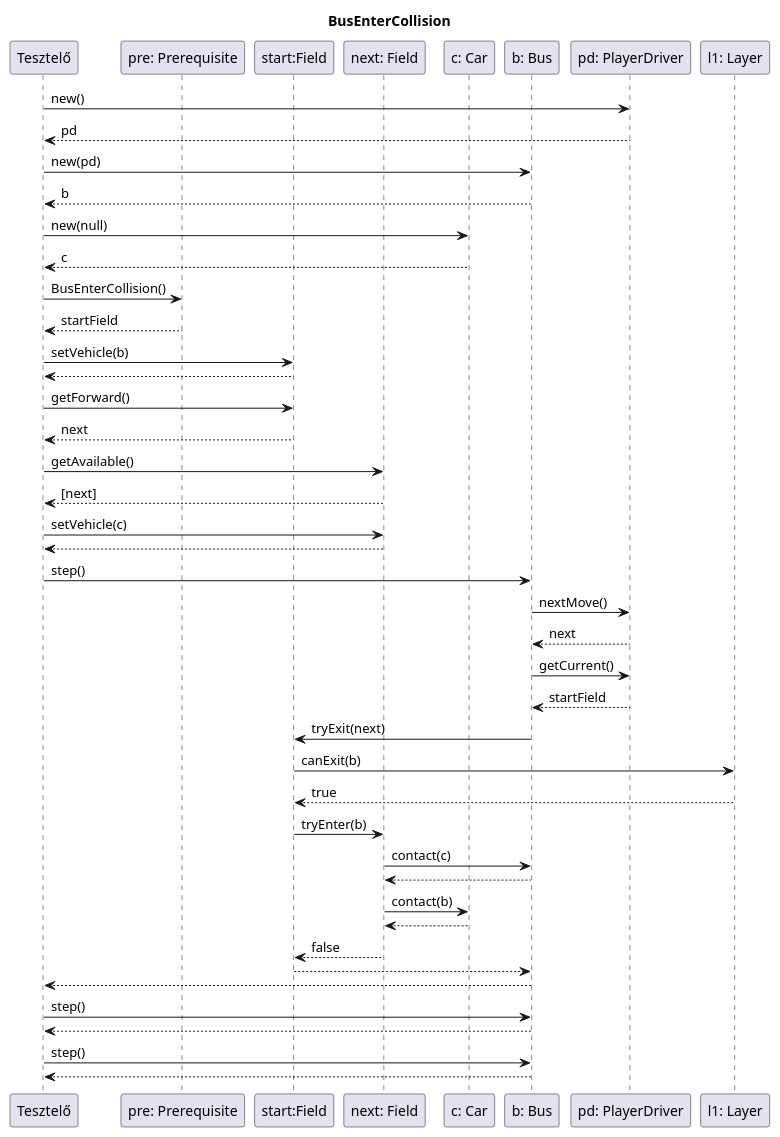
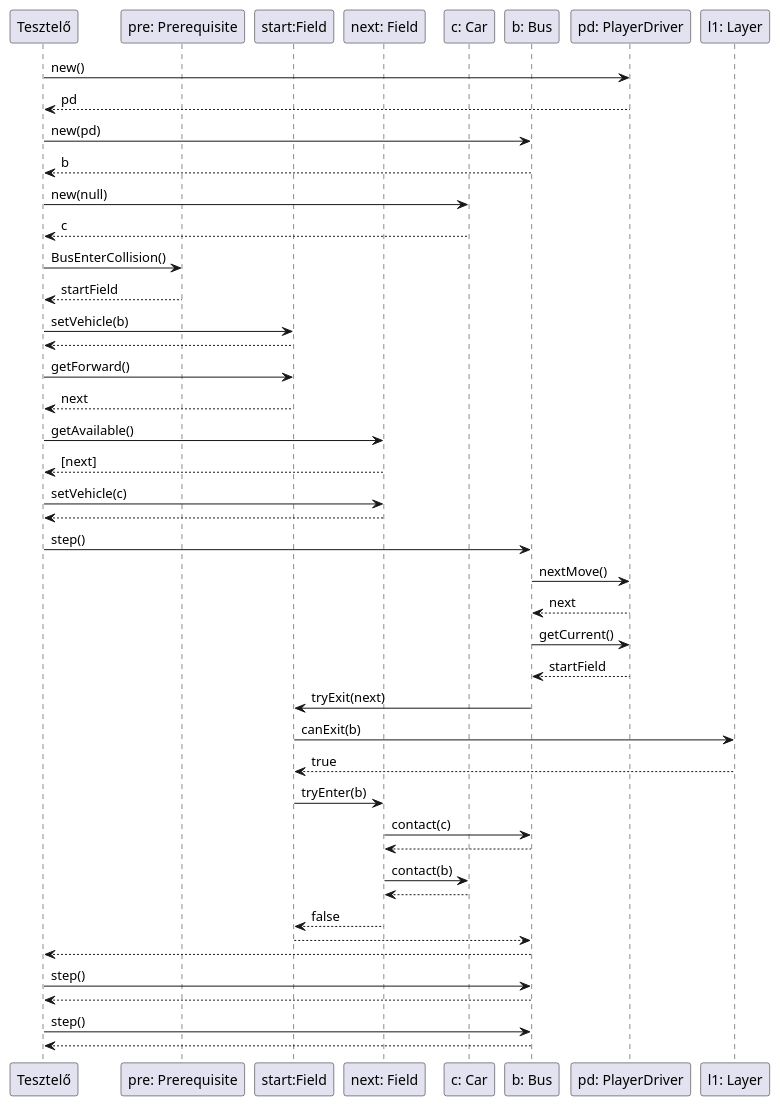
Before and after one commit to uhrinandor/spring: the diagram in docs/skeleton/bus/BusEnterCollision.plantuml, drawn with PlantUML. The commit also changed 10 other files, not shown here.

```diff
--- a/docs/skeleton/bus/BusEnterCollision.plantuml
+++ b/docs/skeleton/bus/BusEnterCollision.plantuml
@@ -1,89 +1,89 @@
 @startuml
 
 /'komm diagram: ket mezo egymas utan mindketton sima layer'/
 /'BusEnterCollision'/
-title BusEnterCollision
+
 participant "Tesztelő" as tester
 participant "pre: Prerequisite" as pre
 participant "start:Field" as startField
 participant "next: Field" as nextField
 participant "c: Car" as c
 participant "b: Bus" as b
 participant "pd: PlayerDriver" as pd
 participant "l1: Layer" as startLayer
 /'letrehoz egy playerdrivert'/
 tester->pd:new()
 pd-->tester:pd
 
 /'letrehozza a buszt a playerdriverrel'/
 tester->b:new(pd)
 b-->tester:b
 
 /'letrehozza az autot aminek nincs vezetoje mert nem mozdul'/
 tester->c:new(null)
 c-->tester:c
 
 /'a pre visszaadja a kezdo fieldet'/
 tester->pre: BusEnterCollision()
 pre-->tester:startField
 
 /'az elso mezo beallitja a buszt'/
 tester->startField: setVehicle(b)
 startField-->tester:
 
 /'megkerdezi az elso mezot hogy mi a kovetkezo IRoad'/
 tester->startField: getForward()
 startField-->tester:next
 
 /'elkeri a Field-ek listajat a kovetkezo IRoad-tol'/
 tester->nextField:getAvailable()
 nextField-->tester: [next]
 
 /'beallitja a masodik mezore az autot'/
 tester->nextField: setVehicle(c)
 nextField-->tester:
 
 tester->b: step()
 
 /'jatekos beallitja h elore szeretne lepni'/
 b->pd: nextMove()
 pd-->b:next
 
 /'lekerdezi a busz aktualis mezojet'/
 b -> pd: getCurrent()
 pd --> b: startField
 
 /'busz megprobal kilepni'/
 b -> startField: tryExit(next)
 
 /'busz megkerdezi h kilephet-e'/
 startField -> startLayer: canExit(b)
 startLayer --> startField: true
 
 /'busz megprobal belepni'/
 startField -> nextField: tryEnter(b)
 
 /'busz osszetorik'/
 nextField -> b: contact(c)
 b --> nextField: 
 
 /'az auto is osszetorik'/
 nextField -> c: contact(b)
 c --> nextField:
 
 /'tryEnter-re a valasz, tehat nem lephet be a busz'/
 nextField --> startField: false
 
 /'tryExit-re a valasz, tehat nem lephet ki a busz'/
 startField --> b:
 
 /'step()-re a valasz'/
 b --> tester:
 
 
 /'meg ketszer megprobal lepni, de sikertelenul'/
 tester->b: step()
 b-->tester:
 tester->b: step()
 b-->tester:
 @enduml
```
